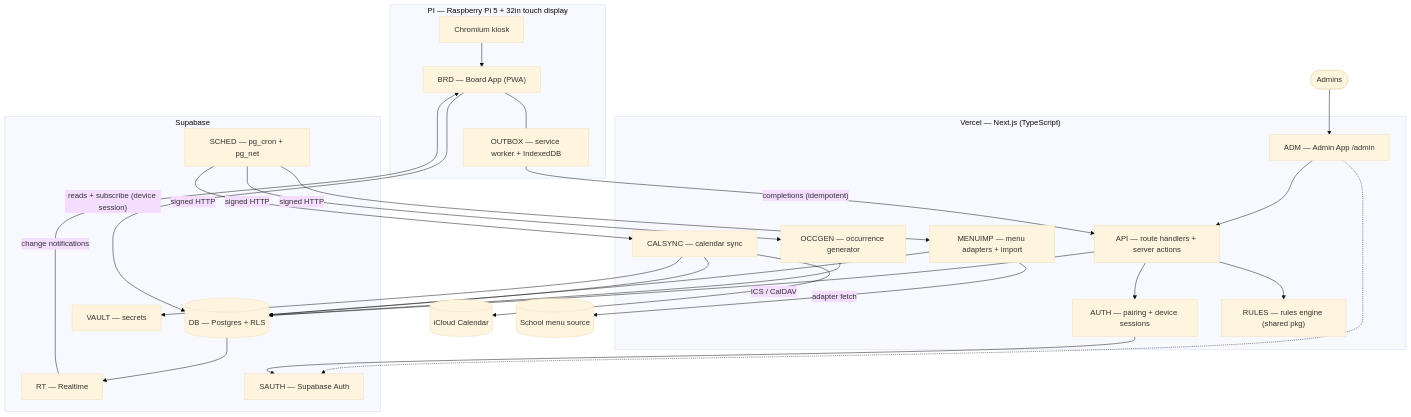
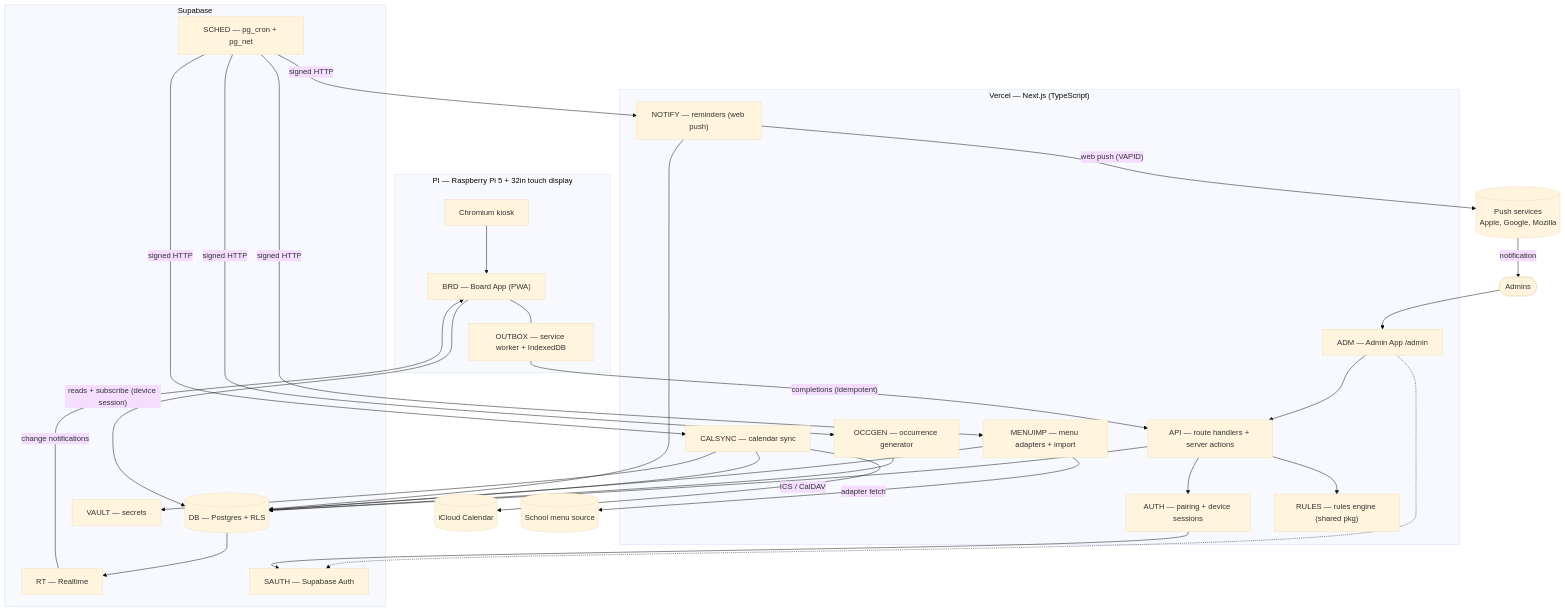
The second of 11 diagrams in docs/01-technical-architecture.md (mronan83/Family-Hub), drawn with Mermaid (base theme) before and after one commit. The commit also changed other lines of this file and 6 other files, not shown here.

First line of the commit message:
[CHR-15][CHR-16][CHR-17] Reminders for parents: web push, switchable on and off

````diff
--- a/docs/01-technical-architecture.md
+++ b/docs/01-technical-architecture.md
@@ -56,48 +57,53 @@
 ```mermaid
 flowchart TB
   subgraph PIHOST["PI — Raspberry Pi 5 + 32in touch display"]
     KIOSK["Chromium kiosk"]
     BRD["BRD — Board App (PWA)"]
     OUTBOX["OUTBOX — service worker + IndexedDB"]
     KIOSK --> BRD --- OUTBOX
   end
 
   subgraph VERCEL["Vercel — Next.js (TypeScript)"]
     ADM["ADM — Admin App /admin"]
     API["API — route handlers + server actions"]
     AUTH["AUTH — pairing + device sessions"]
     RULES["RULES — rules engine (shared pkg)"]
     OCCGEN["OCCGEN — occurrence generator"]
     CALSYNC["CALSYNC — calendar sync"]
     MENUIMP["MENUIMP — menu adapters + import"]
+    NOTIFY["NOTIFY — reminders (web push)"]
   end
 
   subgraph SUPA["Supabase"]
     DB[("DB — Postgres + RLS")]
     RT["RT — Realtime"]
     VAULT["VAULT — secrets"]
     SAUTH["SAUTH — Supabase Auth"]
     SCHED["SCHED — pg_cron + pg_net"]
   end
 
   PARENTS(["Admins"]) --> ADM
   ADM --> API
   ADM -.-> SAUTH
   API --> AUTH
   AUTH --> SAUTH
   API --> RULES
   API --> DB
   BRD -- "reads + subscribe (device session)" --> DB
   OUTBOX -- "completions (idempotent)" --> API
   DB --> RT
   RT -- "change notifications" --> BRD
   SCHED -- "signed HTTP" --> OCCGEN
   SCHED -- "signed HTTP" --> CALSYNC
   SCHED -- "signed HTTP" --> MENUIMP
   OCCGEN --> DB
   CALSYNC --> DB
   CALSYNC --> VAULT
   MENUIMP --> DB
   CALSYNC -- "ICS / CalDAV" --> ICLOUD[("iCloud Calendar")]
   MENUIMP -- "adapter fetch" --> MSRC[("School menu source")]
+  SCHED -- "signed HTTP" --> NOTIFY
+  NOTIFY --> DB
+  NOTIFY -- "web push (VAPID)" --> WPUSH[("Push services<br/>Apple, Google, Mozilla")]
+  WPUSH -- "notification" --> PARENTS
 ```
````
